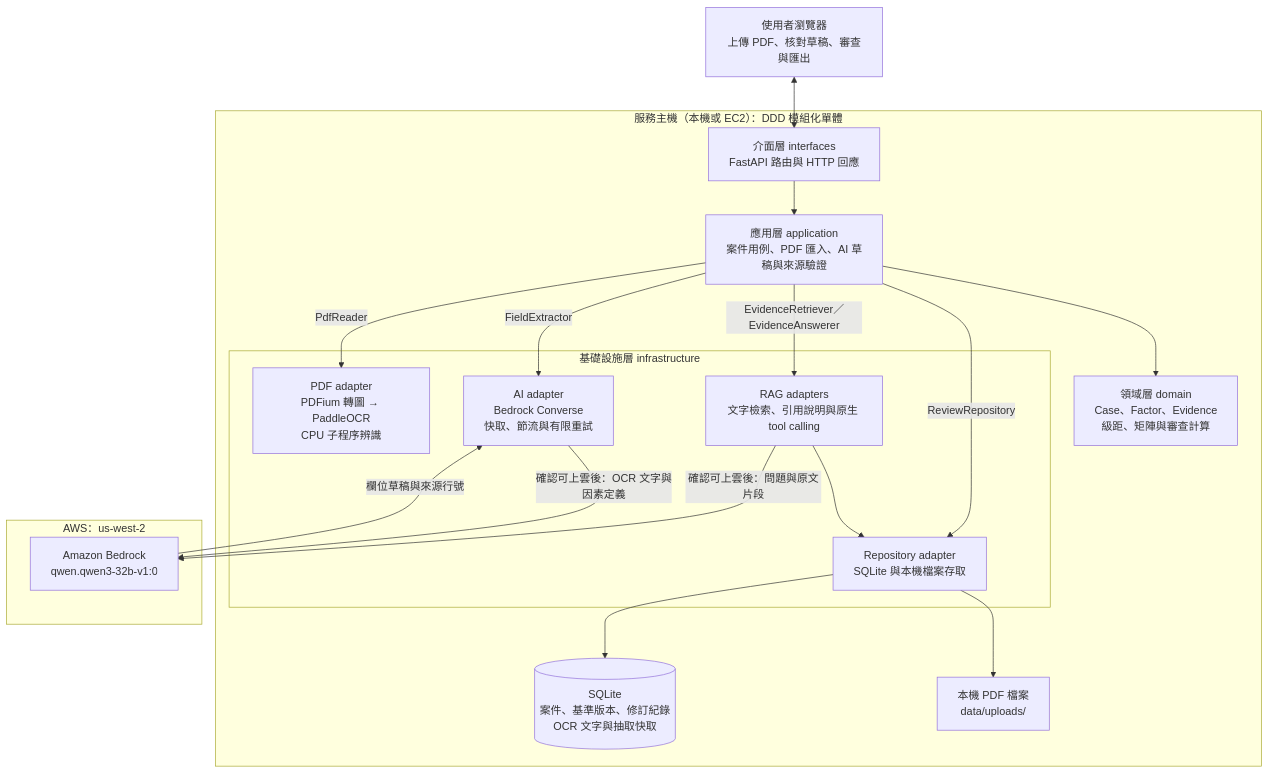
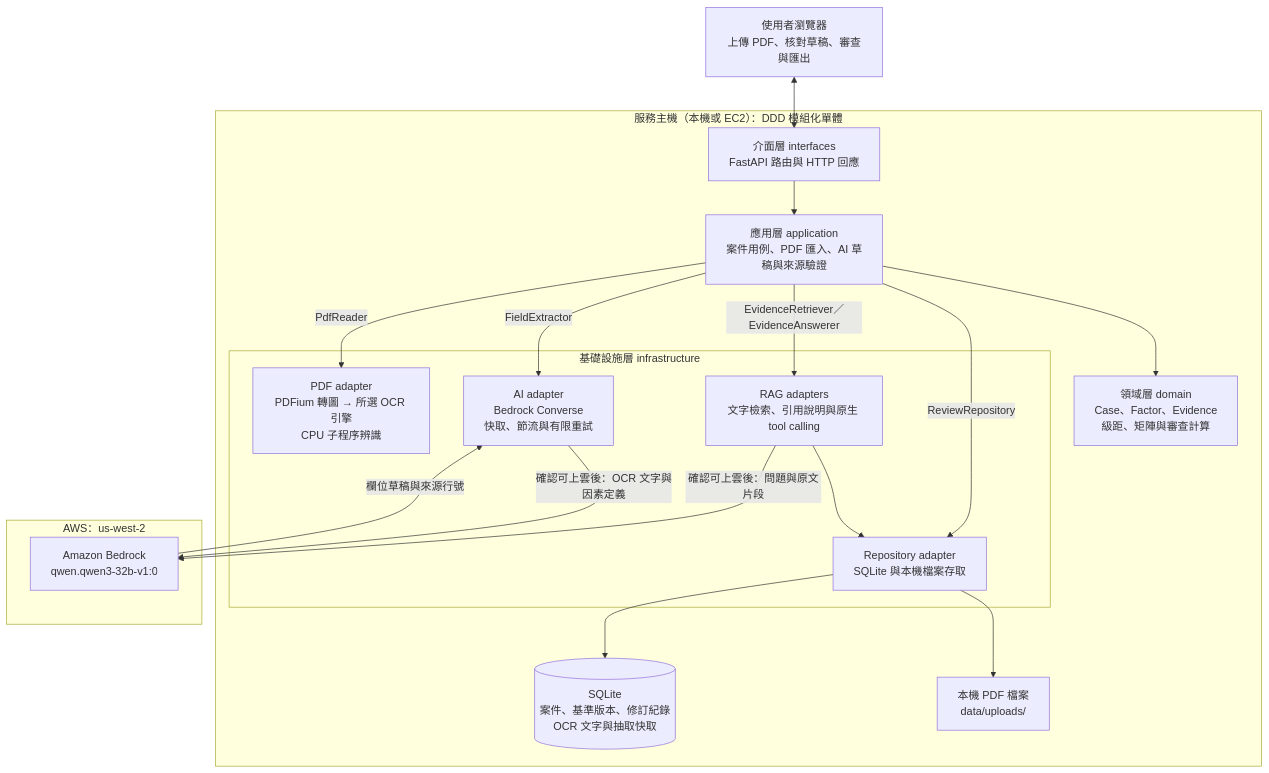
Before and after one commit to ChenYi0725/hackathon: the first of 3 diagrams in README.md, drawn with Mermaid. The commit also changed other lines of this file and 37 other files, not shown here.

First line of the commit message:
feat(DDD-08): 可切換 CPU OCR 引擎與合成比較驗收 (#20)

````diff
--- a/README.md
+++ b/README.md
@@ -15,38 +15,38 @@
 ```mermaid
 flowchart TB
     USER["使用者瀏覽器<br/>上傳 PDF、核對草稿、審查與匯出"]
 
     subgraph LOCAL["服務主機（本機或 EC2）：DDD 模組化單體"]
         HTTP["介面層 interfaces<br/>FastAPI 路由與 HTTP 回應"]
         APP["應用層 application<br/>案件用例、PDF 匯入、AI 草稿與來源驗證"]
         DOMAIN["領域層 domain<br/>Case、Factor、Evidence<br/>級距、矩陣與審查計算"]
 
         subgraph INFRA["基礎設施層 infrastructure"]
-            OCR["PDF adapter<br/>PDFium 轉圖 → PaddleOCR<br/>CPU 子程序辨識"]
+            OCR["PDF adapter<br/>PDFium 轉圖 → 所選 OCR 引擎<br/>CPU 子程序辨識"]
             AI["AI adapter<br/>Bedrock Converse<br/>快取、節流與有限重試"]
             RAG["RAG adapters<br/>文字檢索、引用說明與原生 tool calling"]
             REPO["Repository adapter<br/>SQLite 與本機檔案存取"]
         end
 
         DB[("SQLite<br/>案件、基準版本、修訂紀錄<br/>OCR 文字與抽取快取")]
         FILES["本機 PDF 檔案<br/>data/uploads/"]
     end
 
     subgraph CLOUD["AWS：us-west-2"]
         MODEL["Amazon Bedrock<br/>qwen.qwen3-32b-v1:0"]
     end
 
     USER <--> HTTP
     HTTP --> APP
     APP --> DOMAIN
     APP -->|PdfReader| OCR
     APP -->|FieldExtractor| AI
     APP -->|ReviewRepository| REPO
     APP -->|EvidenceRetriever／EvidenceAnswerer| RAG
     RAG --> REPO
     RAG -->|確認可上雲後：問題與原文片段| MODEL
     REPO --> DB
     REPO --> FILES
     AI -->|確認可上雲後：OCR 文字與因素定義| MODEL
     MODEL -->|欄位草稿與來源行號| AI
 ```
````
